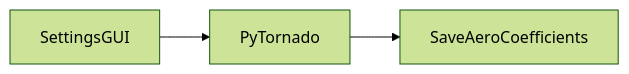
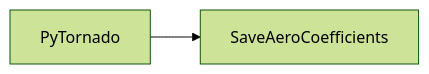
The first of 2 diagrams in README.md (cfsengineering/CEASIOMpy), drawn with Mermaid (forest theme) before and after one commit. The commit also changed other lines of this file and 3 other files, not shown here.

````diff
--- a/README.md
+++ b/README.md
@@ -104,5 +104,4 @@
 ```mermaid
   graph LR;
-      SettingsGUI-->PyTornado;
       PyTornado-->SaveAeroCoefficients;
 ```
````
